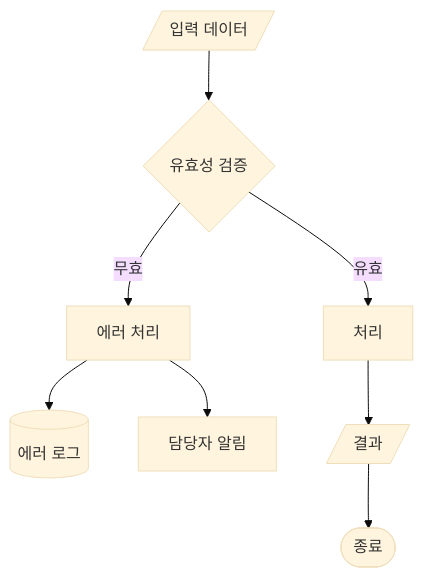
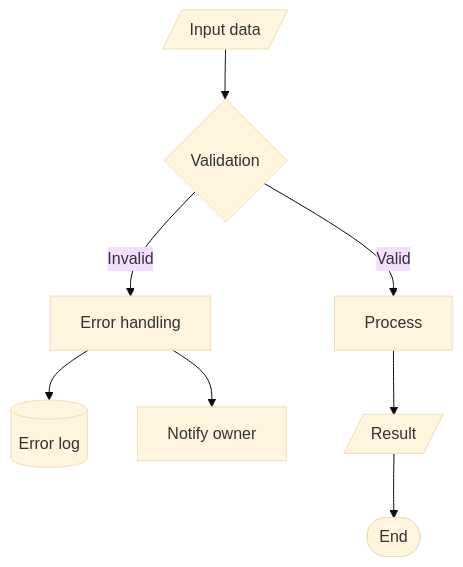
Before and after one commit to chodolmu/taskforge-pro: the second of 3 diagrams in harnesses/operations/operations-manual/skills/flowchart-standards/skill.md, drawn with Mermaid (base theme). The commit also changed other lines of this file and 952 other files, not shown here.

````diff
--- a/harnesses/operations/operations-manual/skills/flowchart-standards/skill.md
+++ b/harnesses/operations/operations-manual/skills/flowchart-standards/skill.md
@@ -39,10 +39,10 @@
 ```mermaid
 flowchart TD
-    INPUT[/입력 데이터/] --> VALIDATE{유효성 검증}
-    VALIDATE -->|유효| PROCESS[처리]
-    VALIDATE -->|무효| ERROR[에러 처리]
-    ERROR --> LOG[(에러 로그)]
-    ERROR --> NOTIFY[담당자 알림]
-    PROCESS --> OUTPUT[/결과/]
-    OUTPUT --> END([종료])
+    INPUT[/Input data/] --> VALIDATE{Validation}
+    VALIDATE -->|Valid| PROCESS[Process]
+    VALIDATE -->|Invalid| ERROR[Error handling]
+    ERROR --> LOG[(Error log)]
+    ERROR --> NOTIFY[Notify owner]
+    PROCESS --> OUTPUT[/Result/]
+    OUTPUT --> END([End])
 ```
````
